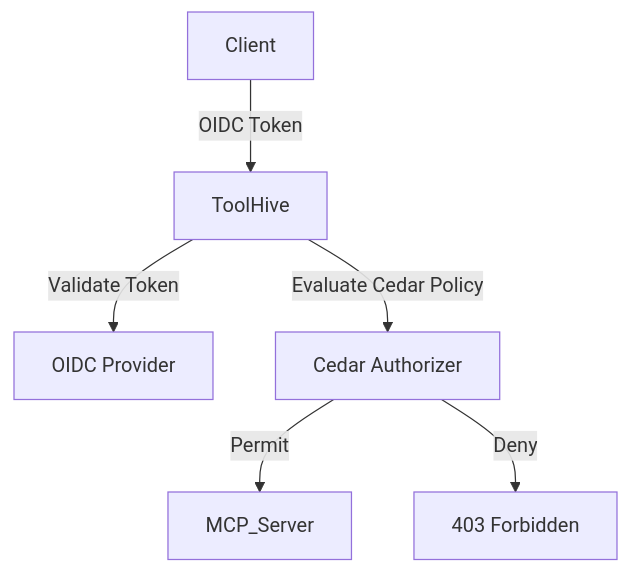
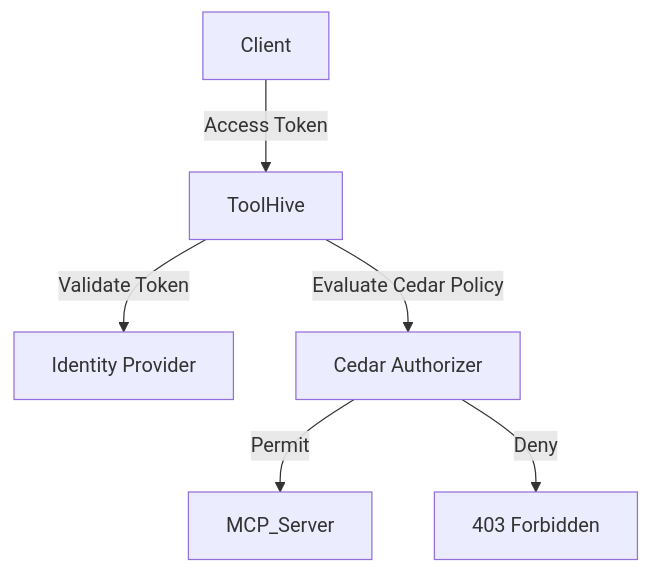
The first of 2 diagrams in docs/toolhive/concepts/auth-framework.mdx (stacklok/docs-website), drawn with Mermaid before and after one commit. The commit also changed other lines of this file, not shown here.

First line of the commit message:
Update authentication framework terminology for OAuth 2.1/OIDC and token diversity

````diff
--- a/docs/toolhive/concepts/auth-framework.mdx
+++ b/docs/toolhive/concepts/auth-framework.mdx
@@ -117,8 +140,8 @@
 ```mermaid
 flowchart TD
-    Client -->|OIDC Token| ToolHive
-    ToolHive -->|Validate Token| OIDC_Provider[OIDC Provider]
+    Client -->|Access Token| ToolHive
+    ToolHive -->|Validate Token| Identity_Provider[Identity Provider]
     ToolHive -->|Evaluate Cedar Policy| Cedar_Authorizer[Cedar Authorizer]
     Cedar_Authorizer -->|Permit| MCP_Server
     Cedar_Authorizer -->|Deny| Denied[403 Forbidden]
 ```
````
